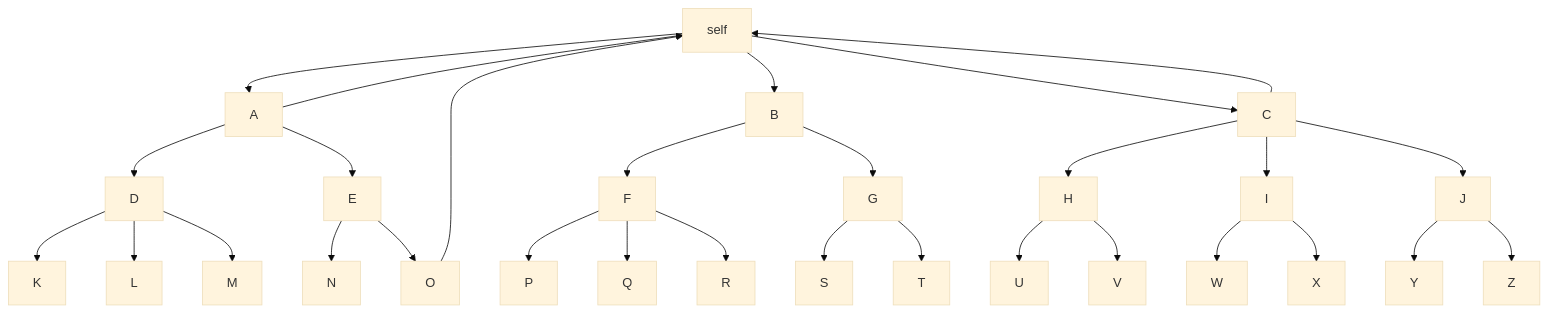
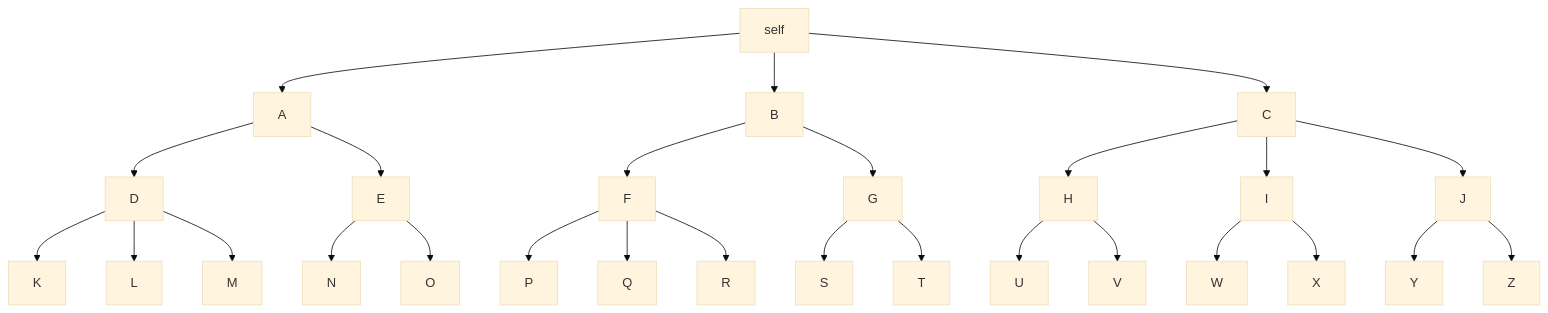
Before and after one commit to KyGost/Kopple: the diagram in documentation/client.md, drawn with Mermaid (base theme). The commit also changed other lines of this file, not shown here.

Commit message:
documentation/client.md updated from https://stackedit.io/

````diff
--- a/documentation/client.md
+++ b/documentation/client.md
@@ -12,32 +12,29 @@
 ```mermaid
 graph TD;
 	self-->A;
 	self-->B;
 	self-->C;
-	A-->self;
 	A-->D;
 	A-->E;
 	B-->F;
 	B-->G;
-	C-->self;
 	C-->H;
 	C-->I;
 	C-->J;
 	D-->K;
 	D-->L;
 	D-->M;
 	E-->N;
 	E-->O;
 	F-->P;
 	F-->Q;
 	F-->R;
 	G-->S;
 	G-->T;
 	H-->U;
 	H-->V;
 	I-->W;
 	I-->X;
 	J-->Y;
 	J-->Z;
-	O-->self
 ```
````
